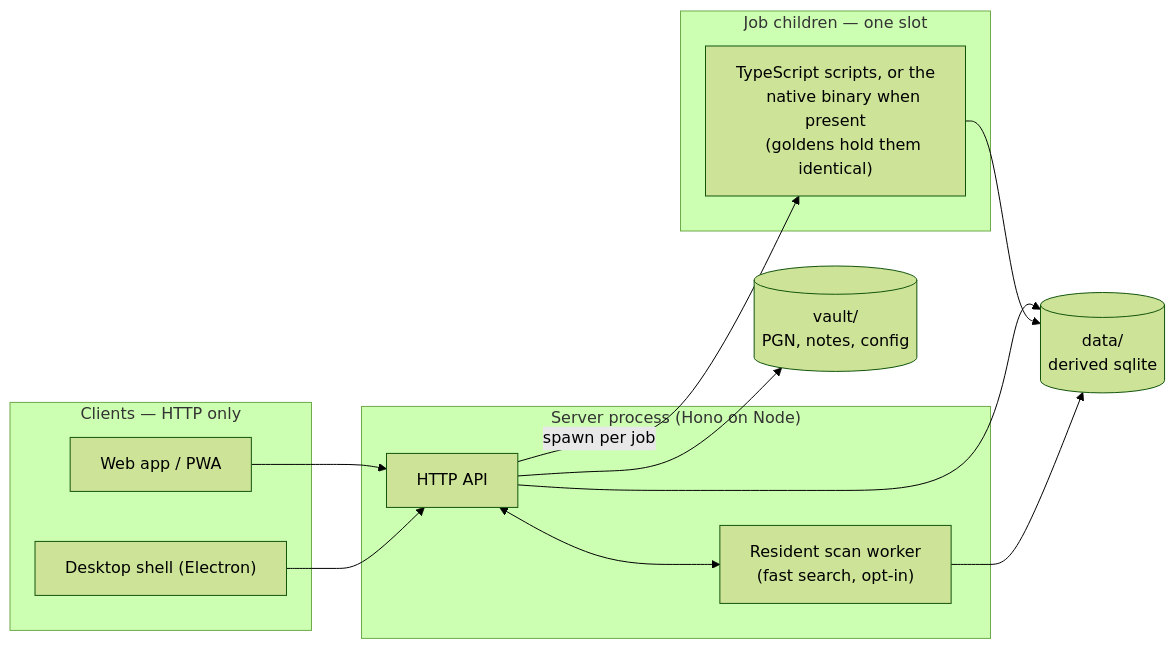
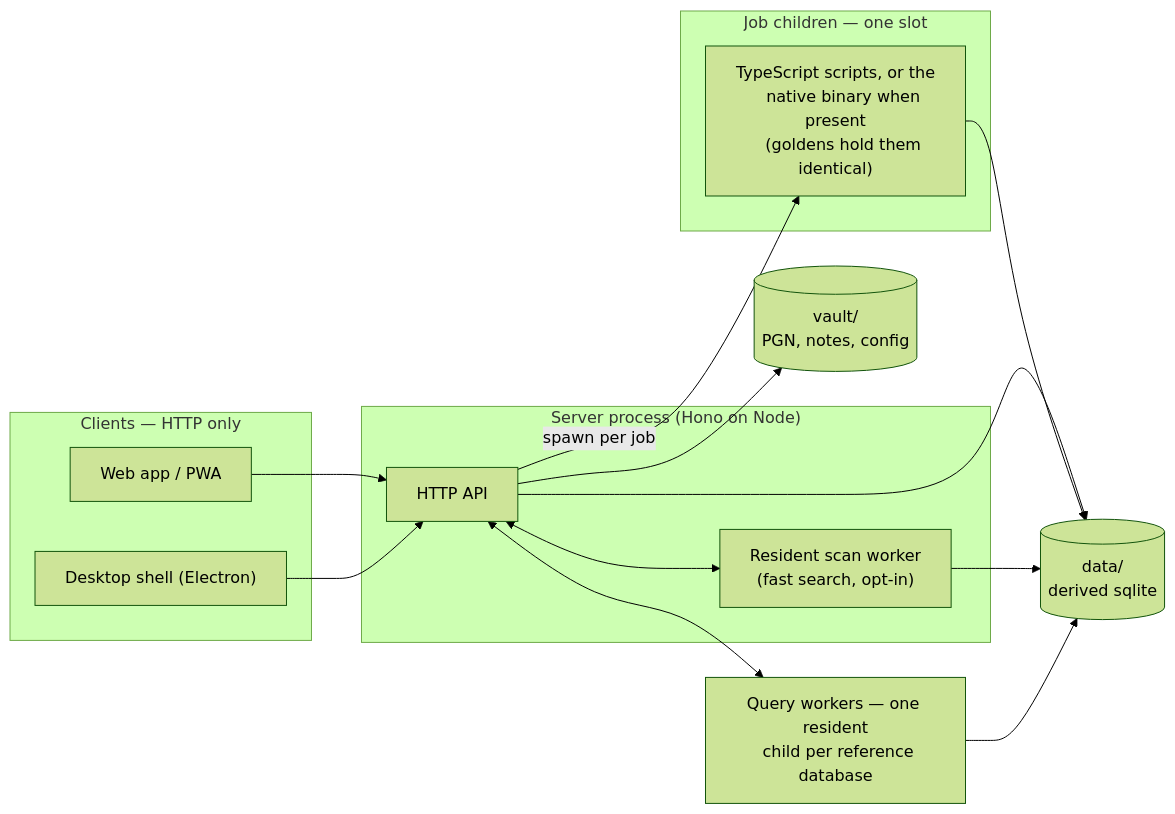
One commit to chessvault-app/chessvault changed the diagram in docs/architecture.md. Above: the diagram before and after it, drawn with Mermaid (forest theme). The commit also changed other lines of this file and 4 other files, not shown here.

````diff
--- a/docs/architecture.md
+++ b/docs/architecture.md
@@ -60,29 +60,33 @@
 ```mermaid
 flowchart LR
   subgraph clients ["Clients — HTTP only"]
     web["Web app / PWA"]
     desk["Desktop shell (Electron)"]
   end
   subgraph srv ["Server process (Hono on Node)"]
     api["HTTP API"]
     scanw["Resident scan worker
     (fast search, opt-in)"]
   end
   subgraph jobs ["Job children — one slot"]
     impl["TypeScript scripts, or the
     native binary when present
     (goldens hold them identical)"]
   end
   vault[("vault/
   PGN, notes, config")]
   data[("data/
   derived sqlite")]
   web --> api
   desk --> api
   api --> vault
   api --> data
   api -- "spawn per job" --> impl
   impl --> data
   api <--> scanw
   scanw --> data
+  qw["Query workers — one resident
+  child per reference database"]
+  api <--> qw
+  qw --> data
 ```
````
